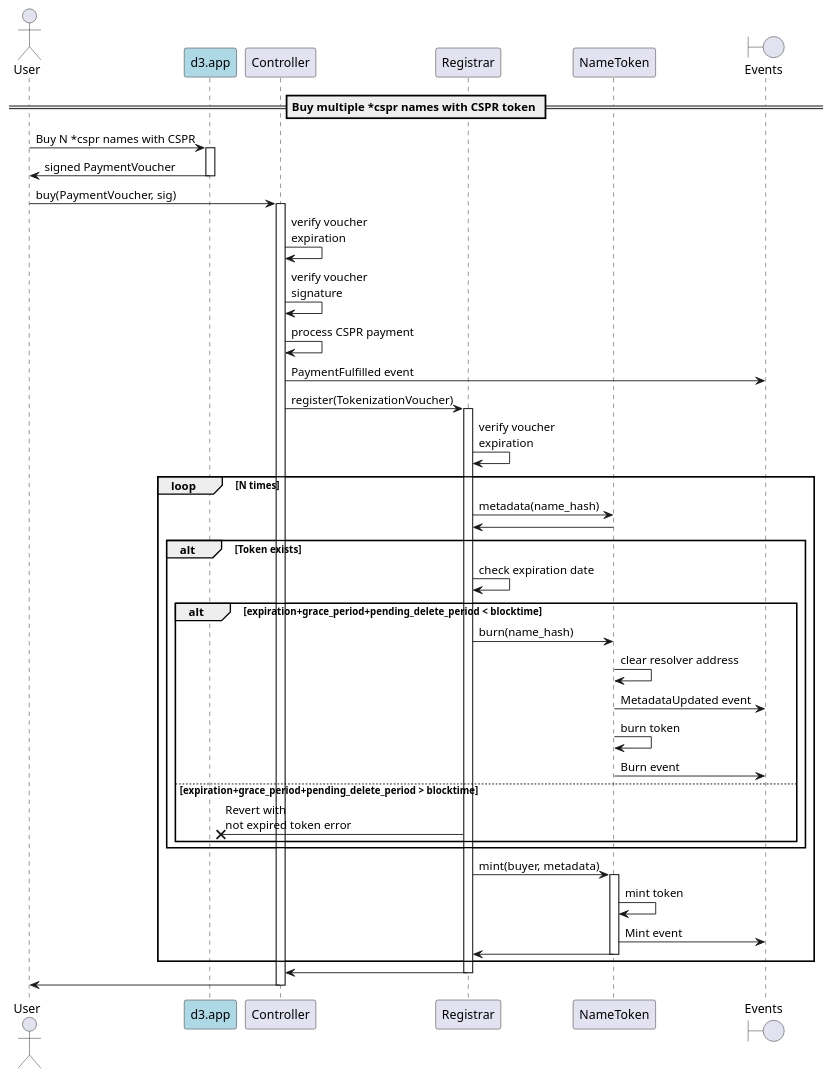
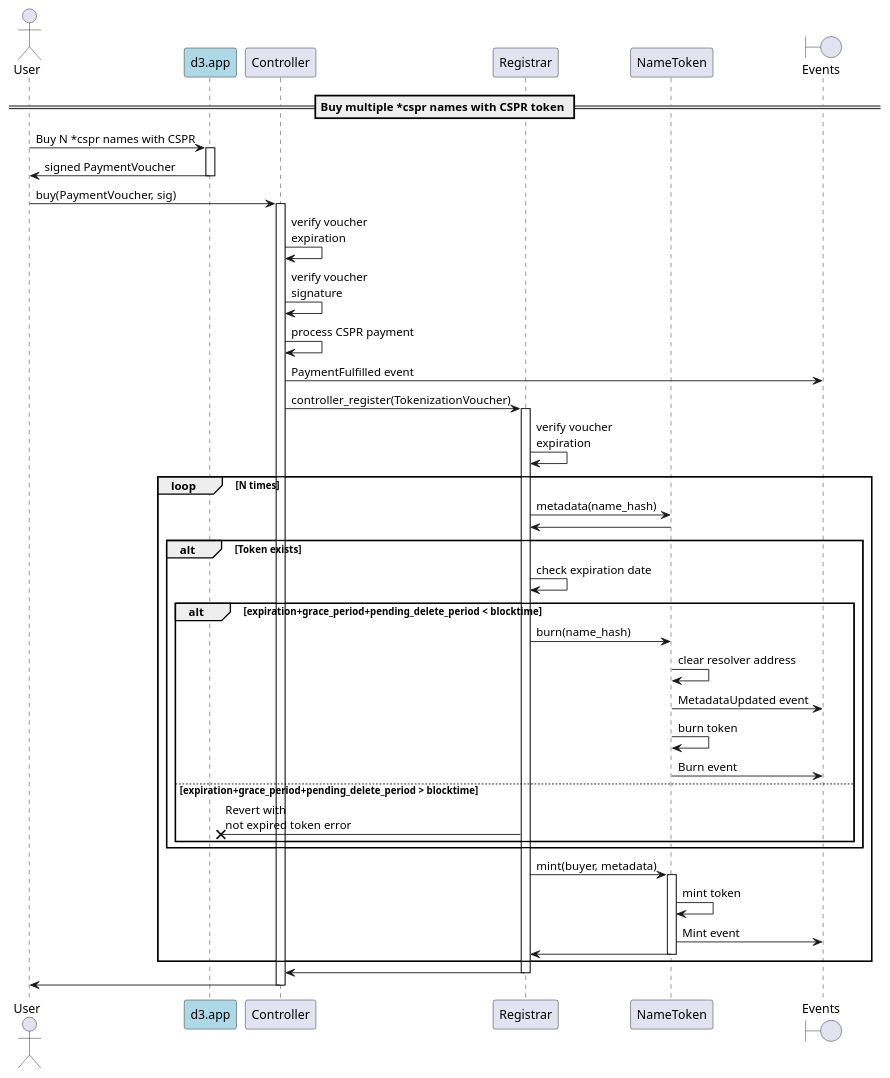
Before and after one commit to make-software/cspr-name-contracts: the diagram in docs/sequence-diagrams/puml/onchain-multiple-purchase.puml, drawn with PlantUML. The commit also changed 9 other files, not shown here.

First line of the commit message:
Update sequence diagrams

```diff
--- a/docs/sequence-diagrams/puml/onchain-multiple-purchase.puml
+++ b/docs/sequence-diagrams/puml/onchain-multiple-purchase.puml
@@ -1,55 +1,55 @@
 @startuml
 'https://plantuml.com/sequence-diagram
 
 'autonumber
 actor User
 participant "d3.app" as d3 #lightblue
 participant "Controller"
 participant "Registrar"
 participant "NameToken"
 boundary "Events"
 
 == Buy multiple *cspr names with CSPR token ==
 
 User -> d3: Buy N *cspr names with CSPR
 activate d3
 d3 -> User: signed PaymentVoucher
 deactivate d3
 
 User -> Controller: buy(PaymentVoucher, sig)
 activate Controller
 Controller -> Controller: verify voucher\nexpiration
 Controller -> Controller: verify voucher\nsignature
 Controller -> Controller: process CSPR payment
 Controller -> "Events": PaymentFulfilled event
-Controller -> Registrar: register(TokenizationVoucher)
+Controller -> Registrar: controller_register(TokenizationVoucher)
 activate Registrar
 Registrar -> Registrar: verify voucher\nexpiration
     loop N times
         Registrar -> NameToken: metadata(name_hash)
         NameToken -> Registrar
         alt Token exists
             Registrar -> Registrar: check expiration date
             alt expiration+grace_period+pending_delete_period < blocktime
                 Registrar -> NameToken: burn(name_hash)
                 NameToken -> NameToken: clear resolver address
                 NameToken -> "Events": MetadataUpdated event
                 NameToken -> NameToken: burn token
                 NameToken -> "Events": Burn event
             else expiration+grace_period+pending_delete_period > blocktime
                 Registrar ->x d3: Revert with\nnot expired token error
             end
         end
         Registrar -> NameToken: mint(buyer, metadata)
         activate NameToken
         NameToken -> NameToken: mint token
         NameToken -> "Events": Mint event
         NameToken -> Registrar
         deactivate NameToken
     end loop
 Registrar -> Controller
 deactivate Registrar
 Controller -> User
 deactivate Controller
 
 @enduml
```
